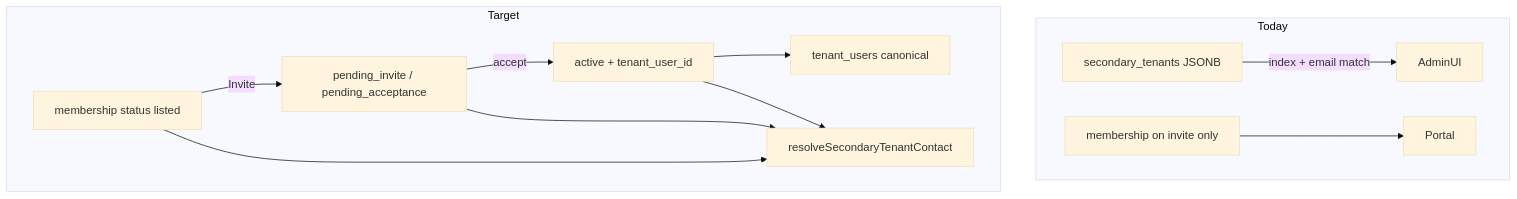
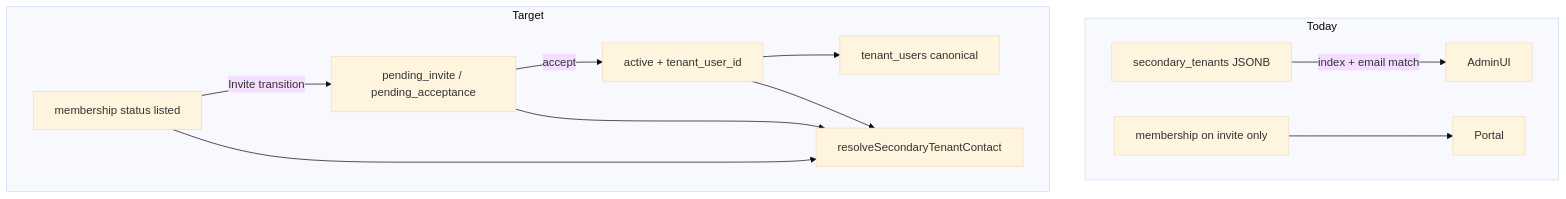
One commit to kurucaner/tenanto changed the diagram in docs/SECONDARY_TENANT_IDENTITY.md. Above: the diagram before and after it, drawn with Mermaid (base theme). The commit also changed other lines of this file and 9 other files, not shown here.

````diff
--- a/docs/SECONDARY_TENANT_IDENTITY.md
+++ b/docs/SECONDARY_TENANT_IDENTITY.md
@@ -41,21 +44,21 @@
 ```mermaid
 flowchart TD
   subgraph today [Today]
     JSONB["secondary_tenants JSONB"]
     MemInvite["membership on invite only"]
     JSONB -->|"index + email match"| AdminUI
     MemInvite --> Portal
   end
 
   subgraph target [Target]
     Listed["membership status listed"]
     Pending["pending_invite / pending_acceptance"]
     Active["active + tenant_user_id"]
-    Listed -->|"Invite"| Pending
+    Listed -->|"Invite transition"| Pending
     Pending -->|"accept"| Active
     Active --> TenantUsers["tenant_users canonical"]
     Listed --> AdminRead["resolveSecondaryTenantContact"]
     Pending --> AdminRead
     Active --> AdminRead
   end
 ```
````
